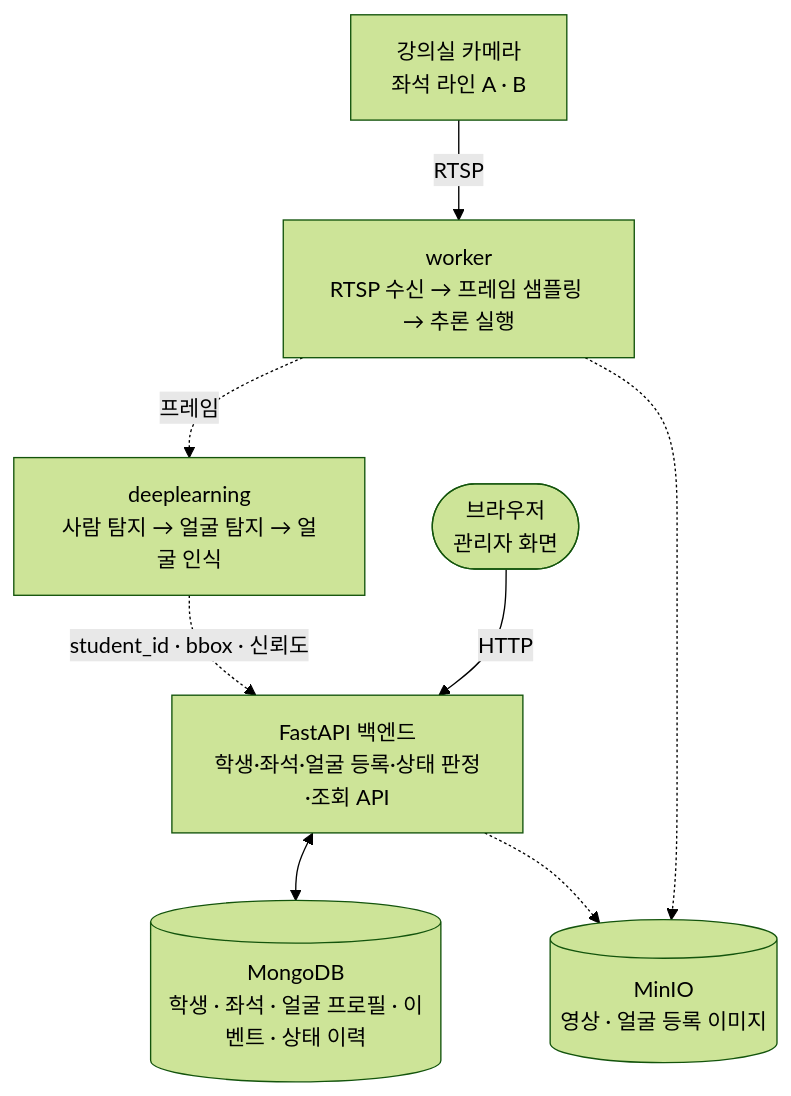
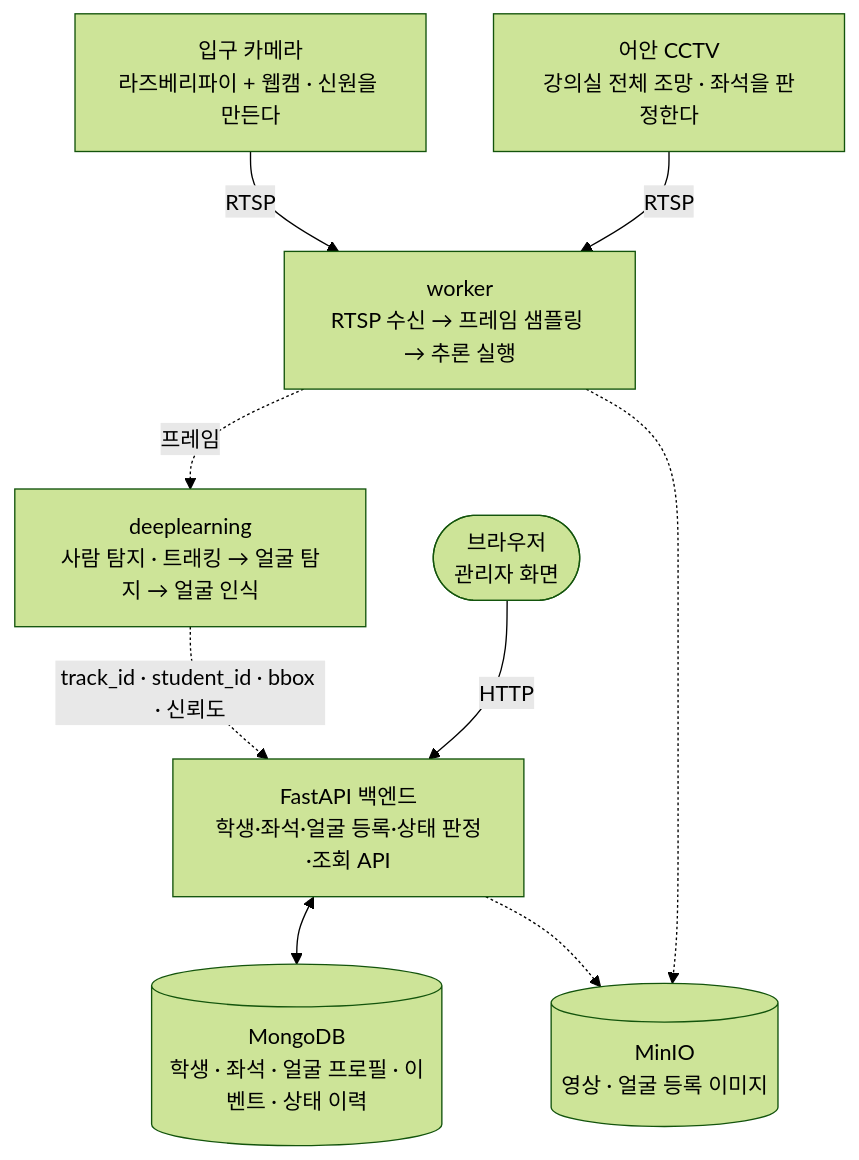
One commit to where-is-jo/classroom_monitoring changed the first of 2 diagrams in docs/architecture/README.md. Above: the diagram before and after it, drawn with Mermaid (forest theme). The commit also changed other lines of this file and 5 other files, not shown here.

First line of the commit message:
docs(architecture): 카메라 구성과 배포 토폴로지 변경을 결정으로 남기고 유실된 결정을 복원한다

````diff
--- a/docs/architecture/README.md
+++ b/docs/architecture/README.md
@@ -29,18 +35,20 @@
 ```mermaid
 flowchart TB
-    CAMERA["강의실 카메라<br/>좌석 라인 A · B"]
+    ENTRY["입구 카메라<br/>라즈베리파이 + 웹캠 · 신원을 만든다"]
+    CCTV["어안 CCTV<br/>강의실 전체 조망 · 좌석을 판정한다"]
     STREAM["worker<br/>RTSP 수신 → 프레임 샘플링 → 추론 실행"]
-    MODEL["deeplearning<br/>사람 탐지 → 얼굴 탐지 → 얼굴 인식"]
+    MODEL["deeplearning<br/>사람 탐지 · 트래킹 → 얼굴 탐지 → 얼굴 인식"]
     BROWSER(["브라우저<br/>관리자 화면"])
     API["FastAPI 백엔드<br/>학생·좌석·얼굴 등록·상태 판정·조회 API"]
     MONGO[("MongoDB<br/>학생 · 좌석 · 얼굴 프로필 · 이벤트 · 상태 이력")]
     MINIO[("MinIO<br/>영상 · 얼굴 등록 이미지")]
 
-    CAMERA -->|"RTSP"| STREAM
+    ENTRY -->|"RTSP"| STREAM
+    CCTV -->|"RTSP"| STREAM
     BROWSER -->|"HTTP"| API
     API <--> MONGO
     STREAM -.->|"프레임"| MODEL
-    MODEL -.->|"student_id · bbox · 신뢰도"| API
+    MODEL -.->|"track_id · student_id · bbox · 신뢰도"| API
     STREAM -.-> MINIO
     API -.-> MINIO
 ```
````
